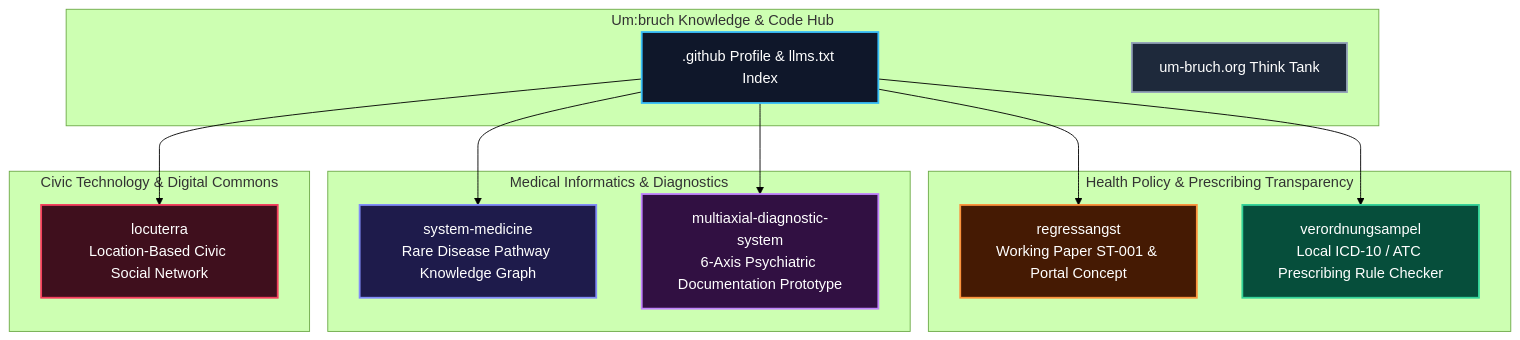
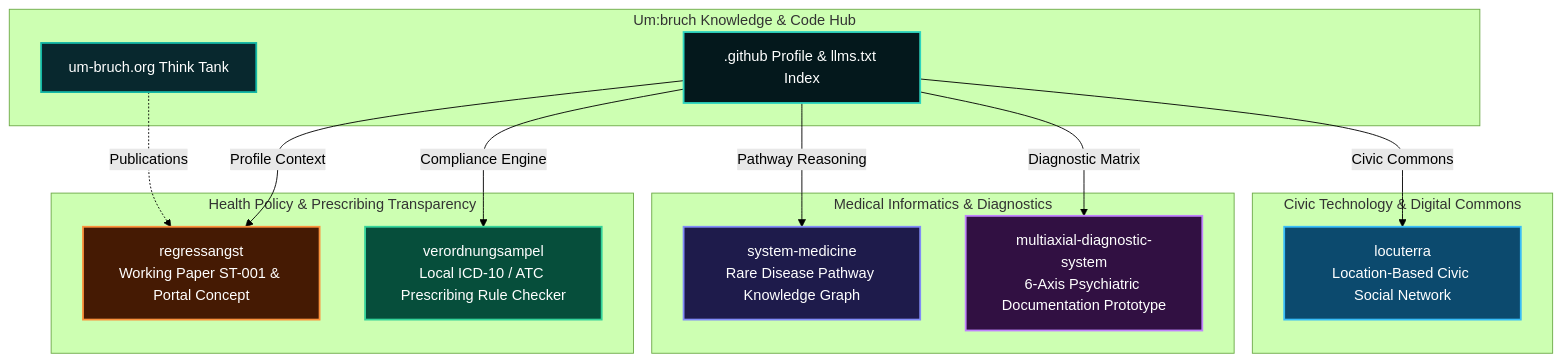
Before and after one commit to um-bruch/.github: the diagram in profile/README.md, drawn with Mermaid (forest theme). The commit also changed other lines of this file and 16 other files, not shown here.

````diff
--- a/profile/README.md
+++ b/profile/README.md
@@ -25,35 +61,36 @@
 ```mermaid
 graph TD
     subgraph Hub["Um:bruch Knowledge & Code Hub"]
         GH[".github Profile & llms.txt Index"]
         ORG["um-bruch.org Think Tank"]
     end
 
     subgraph HealthPolicy["Health Policy & Prescribing Transparency"]
         RA["regressangst<br/>Working Paper ST-001 & Portal Concept"]
         VA["verordnungsampel<br/>Local ICD-10 / ATC Prescribing Rule Checker"]
     end
 
     subgraph MedicalInformatics["Medical Informatics & Diagnostics"]
         SM["system-medicine<br/>Rare Disease Pathway Knowledge Graph"]
         MDS["multiaxial-diagnostic-system<br/>6-Axis Psychiatric Documentation Prototype"]
     end
 
     subgraph CivicTech["Civic Technology & Digital Commons"]
         LT["locuterra<br/>Location-Based Civic Social Network"]
     end
 
-    GH --> RA
-    GH --> VA
-    GH --> SM
-    GH --> MDS
-    GH --> LT
+    GH -->|"Profile Context"| RA
+    GH -->|"Compliance Engine"| VA
+    GH -->|"Pathway Reasoning"| SM
+    GH -->|"Diagnostic Matrix"| MDS
+    GH -->|"Civic Commons"| LT
+    ORG -.->|"Publications"| RA
 
-    style GH fill:#0f172a,stroke:#38bdf8,stroke-width:2px,color:#fff
-    style ORG fill:#1e293b,stroke:#94a3b8,stroke-width:2px,color:#fff
+    style GH fill:#04181c,stroke:#2dd4bf,stroke-width:2px,color:#fff
+    style ORG fill:#08282e,stroke:#14b8a6,stroke-width:2px,color:#fff
     style RA fill:#451a03,stroke:#fb923c,stroke-width:2px,color:#fff
     style VA fill:#064e3b,stroke:#34d399,stroke-width:2px,color:#fff
     style SM fill:#1e1b4b,stroke:#818cf8,stroke-width:2px,color:#fff
     style MDS fill:#311042,stroke:#c084fc,stroke-width:2px,color:#fff
-    style LT fill:#3f0f1d,stroke:#f43f5e,stroke-width:2px,color:#fff
+    style LT fill:#0c4a6e,stroke:#38bdf8,stroke-width:2px,color:#fff
 ```
````
